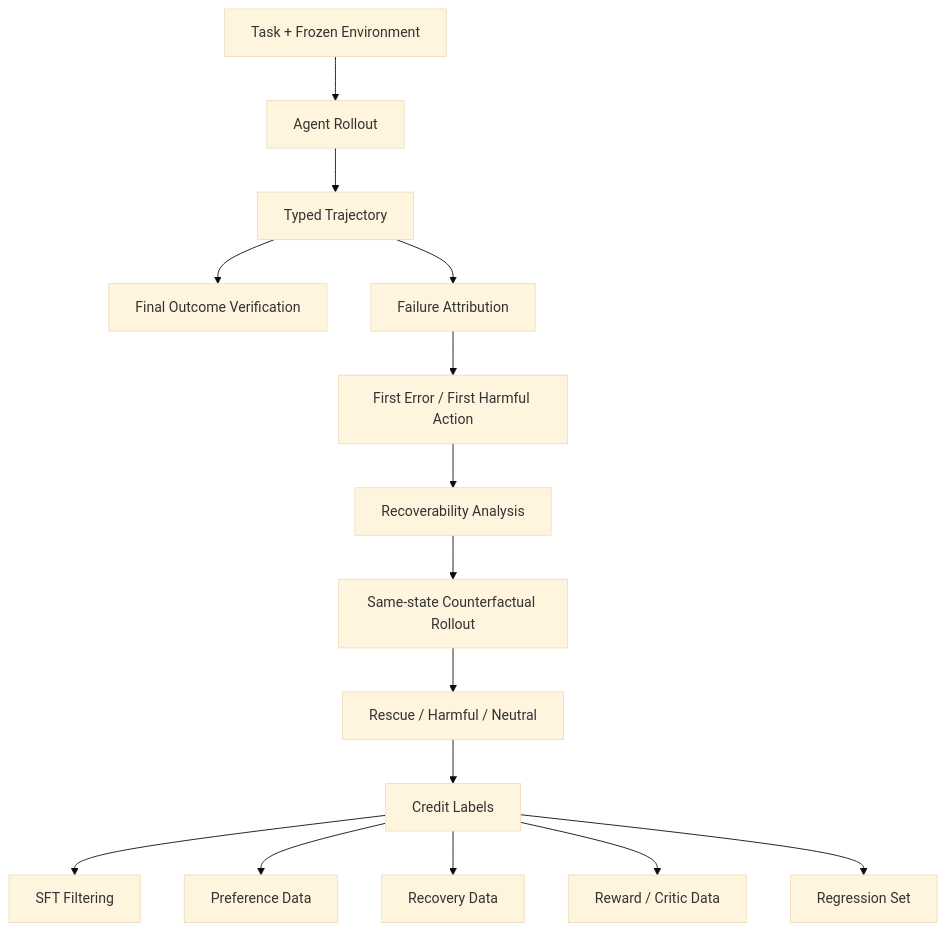
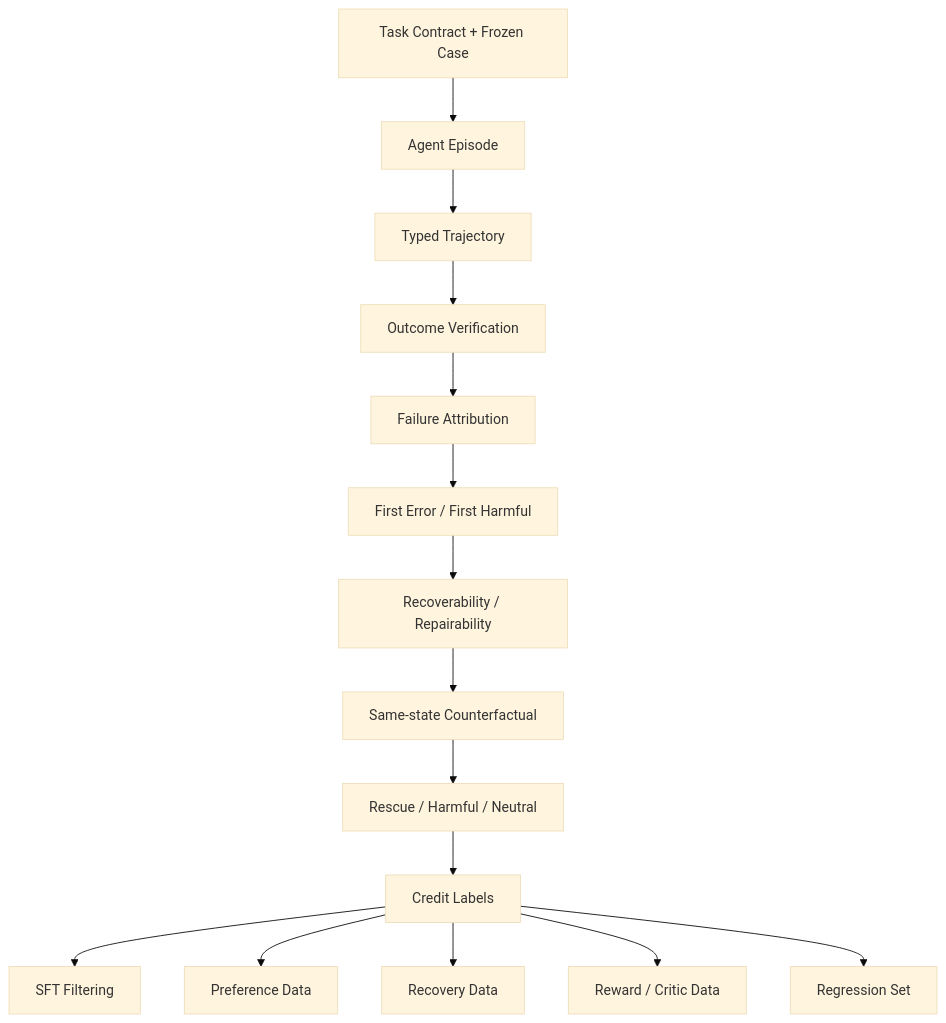
The third of 3 diagrams in LLM_Agent_Data/13_Task_Success_and_Credit_Assignment.md (JiangHui0203/Homework), drawn with Mermaid (base theme) before and after one commit. The commit also changed other lines of this file, not shown here.

````diff
--- a/LLM_Agent_Data/13_Task_Success_and_Credit_Assignment.md
+++ b/LLM_Agent_Data/13_Task_Success_and_Credit_Assignment.md
@@ -1874,17 +1237,17 @@
 ```mermaid
 flowchart TD
-    A[Task + Frozen Environment] --> B[Agent Rollout]
+    A[Task Contract + Frozen Case] --> B[Agent Episode]
     B --> C[Typed Trajectory]
-    C --> D[Final Outcome Verification]
-    C --> E[Failure Attribution]
-    E --> F[First Error / First Harmful Action]
-    F --> G[Recoverability Analysis]
-    G --> H[Same-state Counterfactual Rollout]
+    C --> D[Outcome Verification]
+    D --> E[Failure Attribution]
+    E --> F[First Error / First Harmful]
+    F --> G[Recoverability / Repairability]
+    G --> H[Same-state Counterfactual]
     H --> I[Rescue / Harmful / Neutral]
     I --> J[Credit Labels]
     J --> K1[SFT Filtering]
     J --> K2[Preference Data]
     J --> K3[Recovery Data]
     J --> K4[Reward / Critic Data]
     J --> K5[Regression Set]
 ```
````
